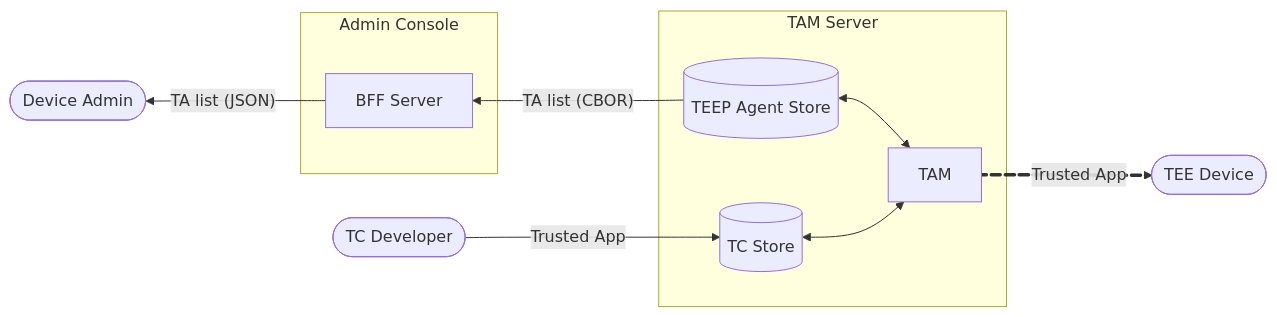
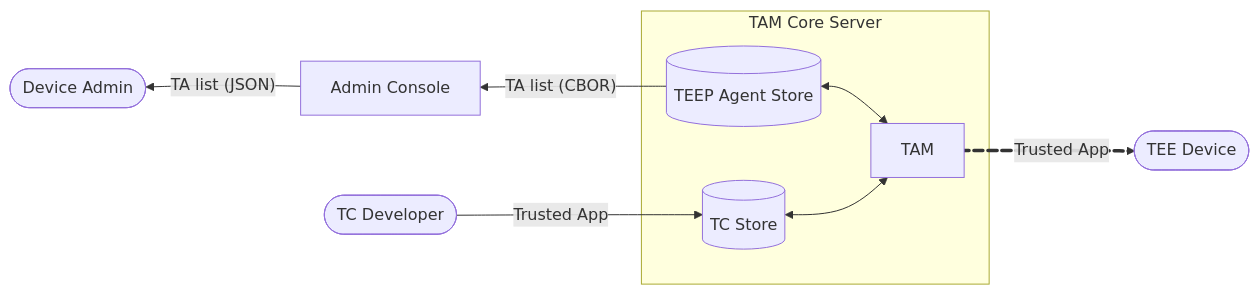
Before and after one commit to kentakayama/AttesTAM: the diagram in README.md, drawn with Mermaid. The commit also changed other lines of this file, not shown here.

````diff
--- a/README.md
+++ b/README.md
@@ -14,26 +18,23 @@
 ```mermaid
 flowchart LR
     TCDeveloper([TC Developer]) -- Trusted App--> ManifestStore
 
     DeviceAdmin ~~~ BFF
     BFF -- TA list (JSON) --> DeviceAdmin([Device Admin])
     BFF ~~~ DeviceAdmin
 
-    subgraph Admin Console
-        BFF[BFF Server]
-    end
+    BFF[Admin Console] ~~~ AgentStore
+    AgentStore -- TA list (CBOR) --> BFF
+    AgentStore ~~~ BFF
 
-    subgraph TAM Server
+    subgraph TAM Core Server
         TAM
-        BFF ~~~ AgentStore
-        AgentStore -- TA list (CBOR) --> BFF
-        AgentStore ~~~ BFF
         AgentStore[(TEEP Agent Store)] <--> TAM
         ManifestStore[(TC Store)] <--> TAM
     end
 
     TAM e1@== Trusted App ==> TEEPAgent
     e1@{ animate: true }
 
     TEEPAgent([TEE Device])
 ```
````
